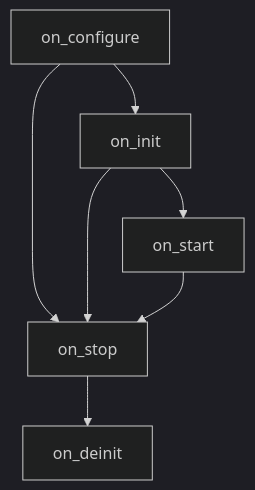
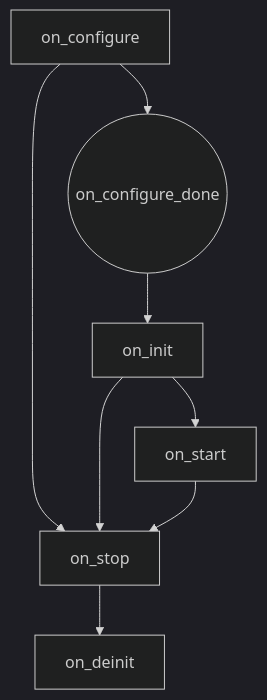
One commit to TEN-framework/ten_framework changed the diagram in docs/ten_framework/ten_packages/extension.md. Above: the diagram before and after it, drawn with Mermaid (dark theme).

````diff
--- a/docs/ten_framework/ten_packages/extension.md
+++ b/docs/ten_framework/ten_packages/extension.md
@@ -27,9 +27,10 @@
 ```mermaid
 graph TD;
-    on_configure-->on_init;
+    on_configure-->on_configure_done((on_configure_done))
+    on_configure_done-->on_init;
     on_configure-->on_stop;
     on_init-->on_start;
     on_init-->on_stop;
     on_start-->on_stop;
     on_stop-->on_deinit;
 ```
````
